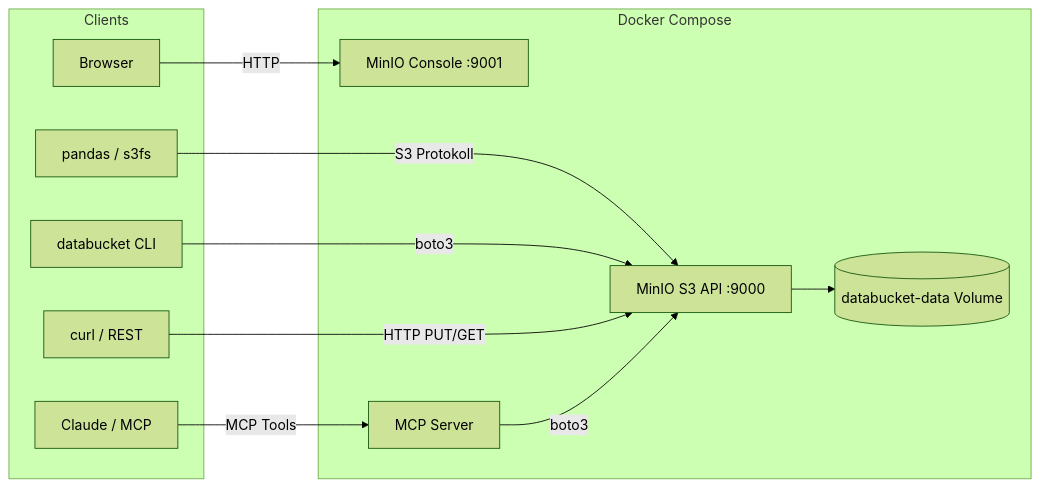
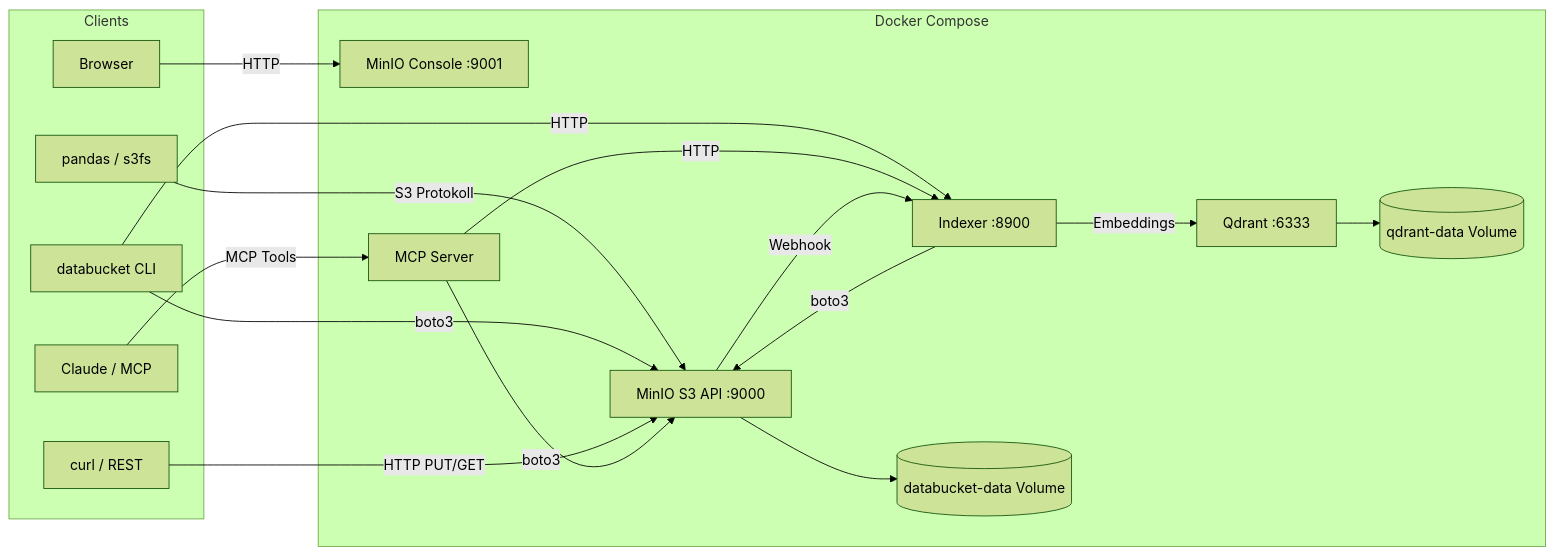
The diagram in docs/architecture.md (trosinde/databucket), drawn with Mermaid (forest theme) before and after one commit. The commit also changed other lines of this file and 16 other files, not shown here.

First line of the commit message:
Semantic search: Qdrant + Indexer with auto-indexing via MinIO webhooks

````diff
--- a/docs/architecture.md
+++ b/docs/architecture.md
@@ -7,25 +7,34 @@
 ```mermaid
 graph LR
     subgraph Clients
         pandas[pandas / s3fs]
         cli[databucket CLI]
         mcp[Claude / MCP]
         curl[curl / REST]
         console[Browser]
     end
 
     subgraph Docker[Docker Compose]
         api[MinIO S3 API :9000]
         web[MinIO Console :9001]
         mcps[MCP Server]
+        idx[Indexer :8900]
+        qdr[Qdrant :6333]
         vol[(databucket-data Volume)]
+        qvol[(qdrant-data Volume)]
     end
 
     pandas -->|S3 Protokoll| api
     cli -->|boto3| api
+    cli -->|HTTP| idx
     curl -->|HTTP PUT/GET| api
     console -->|HTTP| web
     mcp -->|MCP Tools| mcps
     mcps -->|boto3| api
+    mcps -->|HTTP| idx
+    api -->|Webhook| idx
+    idx -->|Embeddings| qdr
+    idx -->|boto3| api
     api --> vol
+    qdr --> qvol
 ```
````
